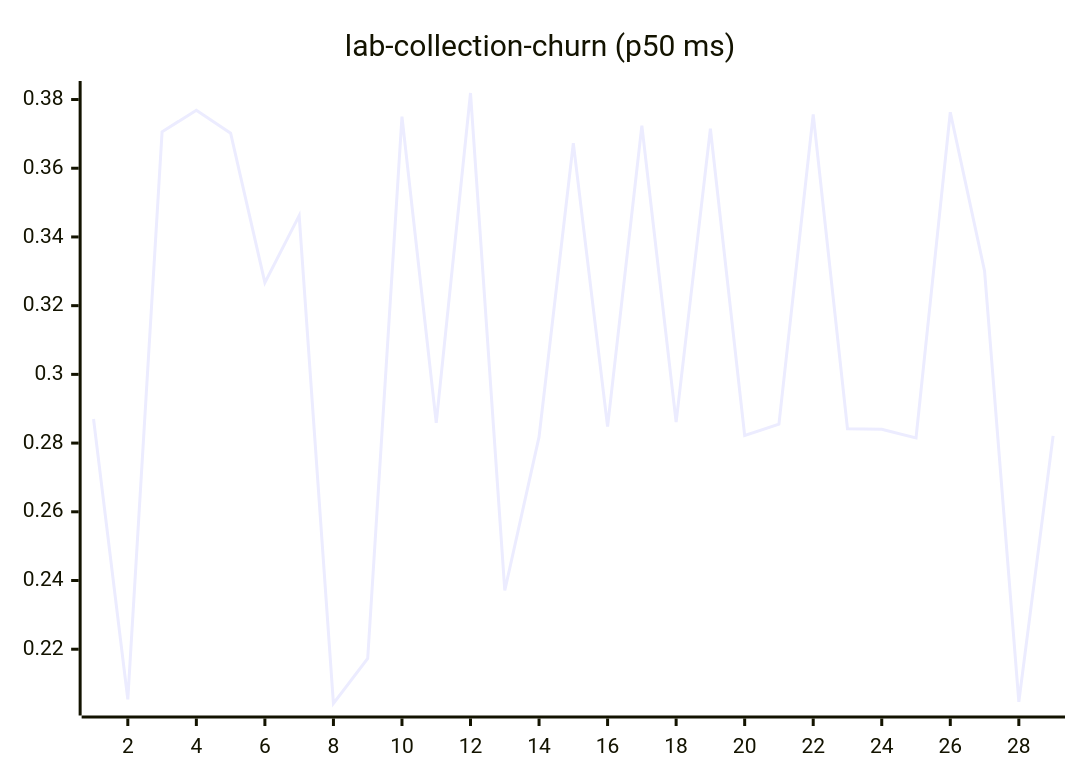
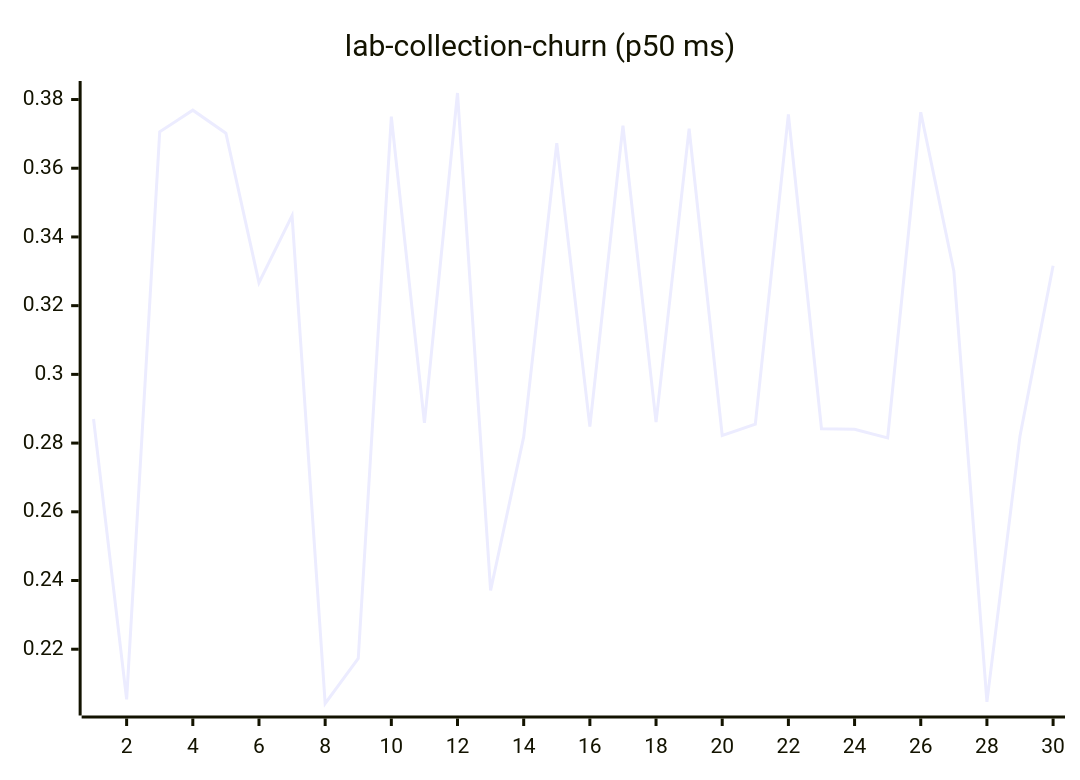
Diagram 11 of 27 in README.md (josha/Facet), drawn with Mermaid before and after one commit. The commit also changed other lines of this file and 2 other files, not shown here.

````diff
--- a/README.md
+++ b/README.md
@@ -133,6 +133,6 @@
 ```mermaid
 xychart-beta
     title "lab-collection-churn (p50 ms)"
-    x-axis 1 --> 29
-    line [0.2870, 0.2054, 0.3706, 0.3769, 0.3702, 0.3267, 0.3462, 0.2042, 0.2173, 0.3750, 0.2859, 0.3819, 0.2371, 0.2818, 0.3673, 0.2848, 0.3724, 0.2861, 0.3715, 0.2822, 0.2855, 0.3757, 0.2842, 0.2840, 0.2815, 0.3763, 0.3301, 0.2047, 0.2821]
+    x-axis 1 --> 30
+    line [0.2870, 0.2054, 0.3706, 0.3769, 0.3702, 0.3267, 0.3462, 0.2042, 0.2173, 0.3750, 0.2859, 0.3819, 0.2371, 0.2818, 0.3673, 0.2848, 0.3724, 0.2861, 0.3715, 0.2822, 0.2855, 0.3757, 0.2842, 0.2840, 0.2815, 0.3763, 0.3301, 0.2047, 0.2821, 0.3316]
 ```
````
